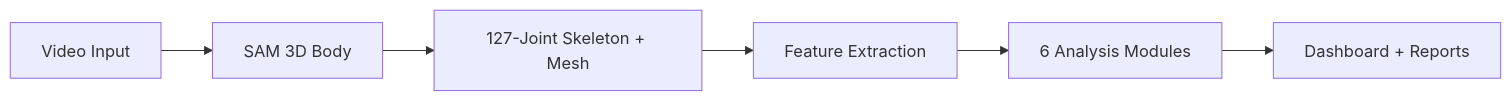
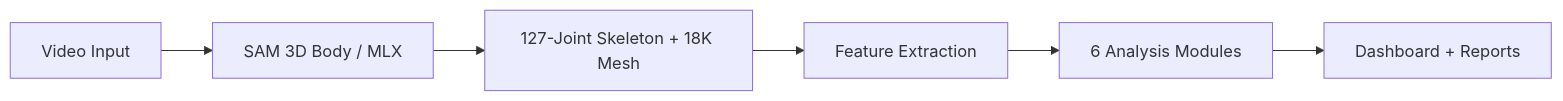
The diagram in README.md (shihwesley/SamPlaysBaseball), drawn with Mermaid before and after one commit. The commit also changed other lines of this file, not shown here.

First line of the commit message:
docs: update README with MLX port results, working pipeline

````diff
--- a/README.md
+++ b/README.md
@@ -9,8 +10,8 @@
 ```mermaid
 flowchart LR
-    A[Video Input] --> B[SAM 3D Body]
-    B --> C[127-Joint Skeleton + Mesh]
+    A[Video Input] --> B[SAM 3D Body / MLX]
+    B --> C[127-Joint Skeleton + 18K Mesh]
     C --> D[Feature Extraction]
     D --> E[6 Analysis Modules]
     E --> F[Dashboard + Reports]
 ```
````
